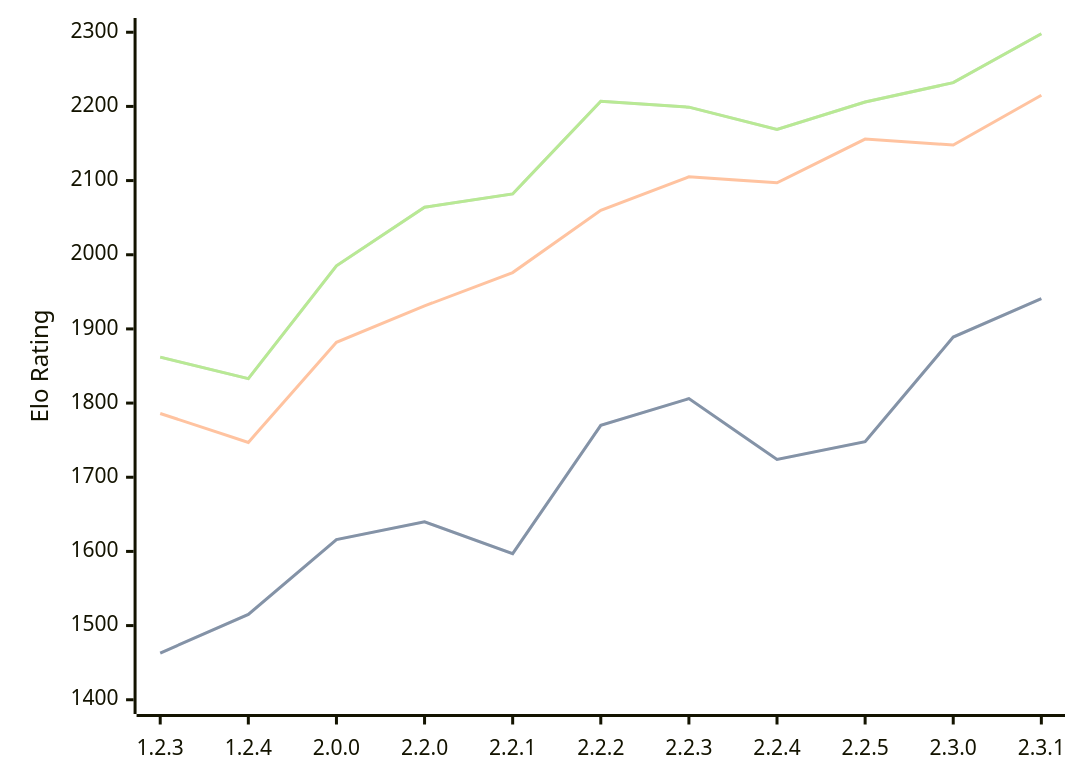
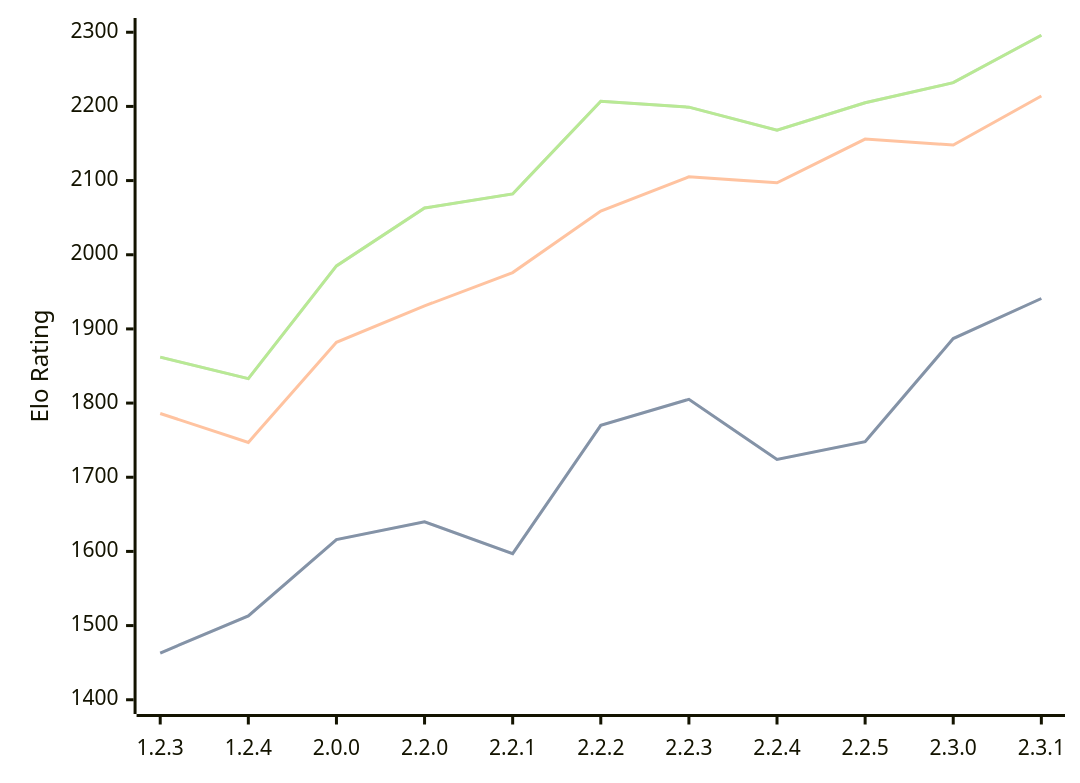
The third of 3 diagrams in engines/Kreveta.md (computer-chess-index/cci), drawn with Mermaid before and after one commit. The commit also changed other lines of this file, not shown here.

Commit message:
Update CCI Ratings (ELO VLTC) - 2026-06-30

````diff
--- a/engines/Kreveta.md
+++ b/engines/Kreveta.md
@@ -76,11 +76,11 @@
 ```mermaid
 %%{init: {"theme":"base","themeVariables":{"seriesColors:['#a3a3a3','#222221','#faa371']}}}%%
 xychart-beta
   x-axis ["1.2.3", "1.2.4", "2.0.0", "2.2.0", "2.2.1", "2.2.2", "2.2.3", "2.2.4", "2.2.5", "2.3.0", "2.3.1"]
   y-axis "Elo Rating" 1400 --> 2300
-  line "STC (8.0+0.08s)" [1463, 1515, 1616, 1640, 1597, 1770, 1806, 1724, 1748, 1889, 1941]
-  line "STC (8.0+0.08s)" [1463, 1515, 1616, 1640, 1597, 1770, 1806, 1724, 1748, 1889, 1941]
-  line "LTC (60.0+0.60s)" [1786, 1747, 1882, 1931, 1976, 2060, 2105, 2097, 2156, 2148, 2215]
-  line "VLTC (2m24s+1.12s)" [1862, 1833, 1985, 2064, 2082, 2207, 2199, 2169, 2206, 2232, 2298]
-  line "VLTC (2m24s+1.12s)" [1862, 1833, 1985, 2064, 2082, 2207, 2199, 2169, 2206, 2232, 2298]
+  line "STC (8.0+0.08s)" [1463, 1513, 1616, 1640, 1597, 1770, 1805, 1724, 1748, 1887, 1941]
+  line "STC (8.0+0.08s)" [1463, 1513, 1616, 1640, 1597, 1770, 1805, 1724, 1748, 1887, 1941]
+  line "LTC (60.0+0.60s)" [1786, 1747, 1882, 1931, 1976, 2059, 2105, 2097, 2156, 2148, 2214]
+  line "VLTC (2m24s+1.12s)" [1862, 1833, 1985, 2063, 2082, 2207, 2199, 2168, 2205, 2232, 2296]
+  line "VLTC (2m24s+1.12s)" [1862, 1833, 1985, 2063, 2082, 2207, 2199, 2168, 2205, 2232, 2296]
 ```
````
